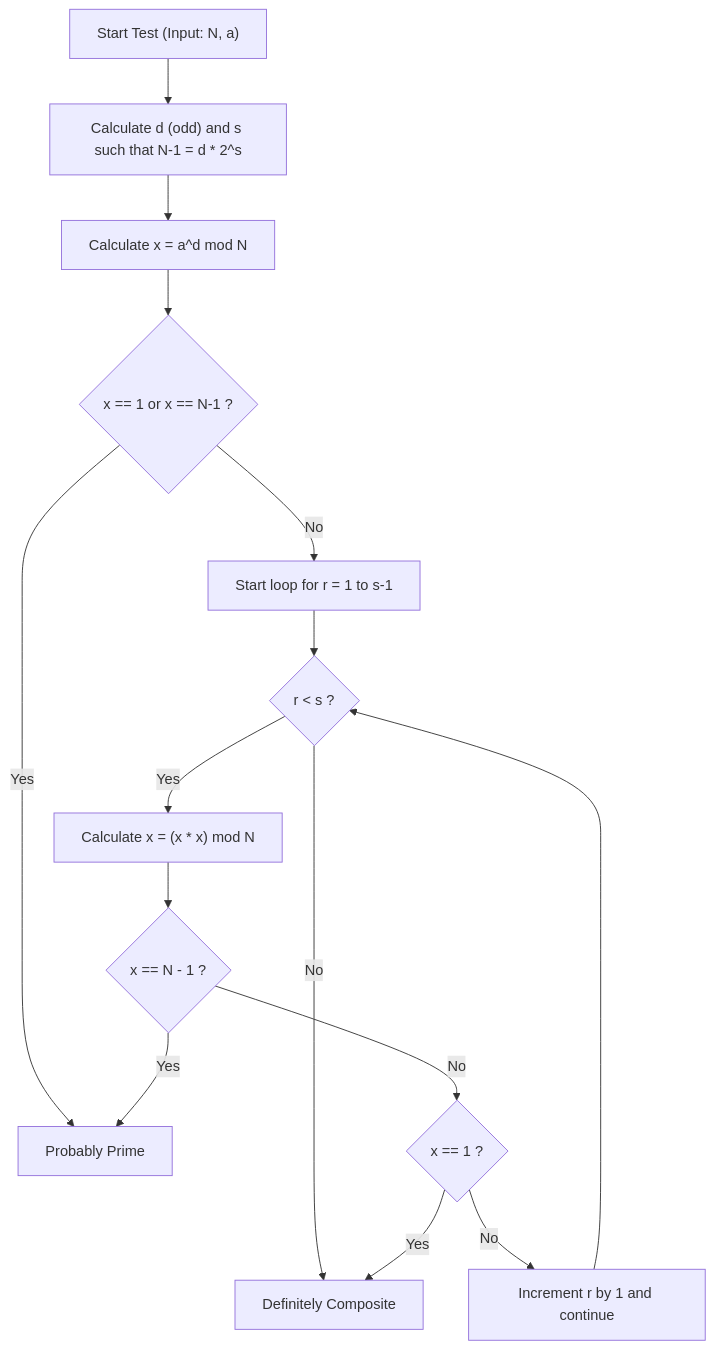
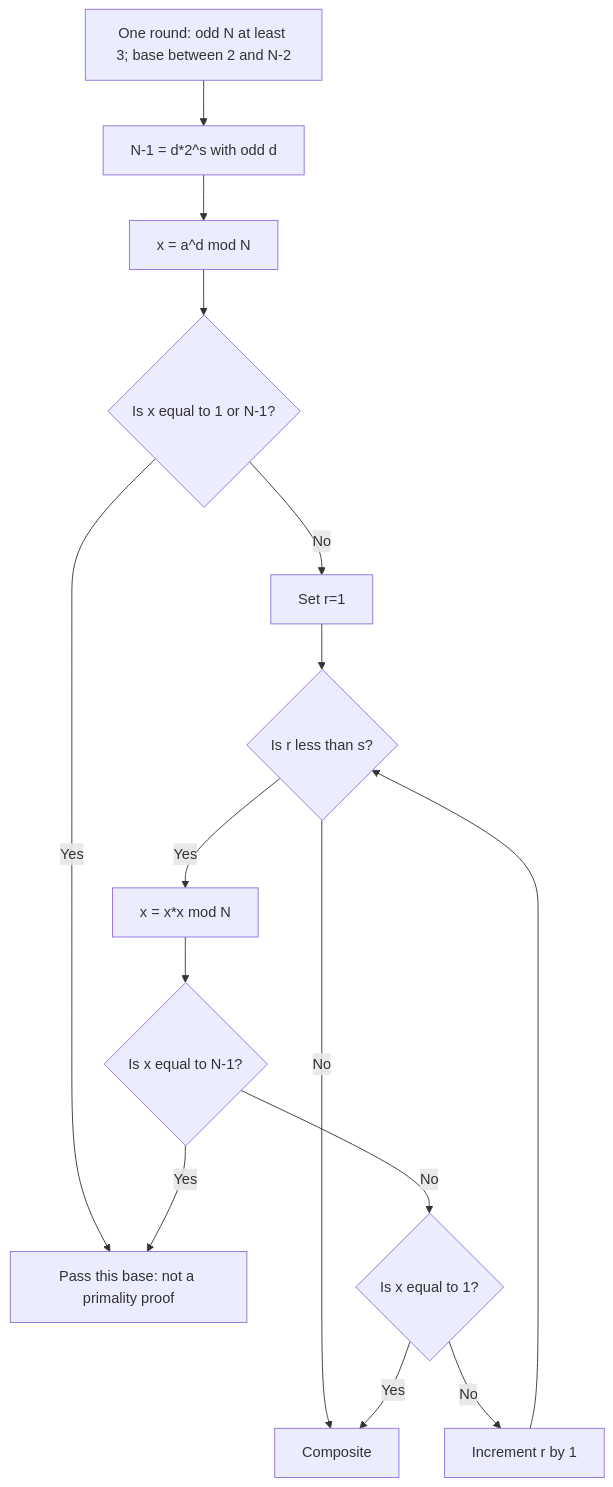
The first of 2 diagrams in content/post/cppで実装する高速な素数判定アルゴリズム/index.en.md (kenjinote/blog), drawn with Mermaid before and after one commit. The commit also changed other lines of this file and 7 other files, not shown here.

````diff
--- a/content/post/cppで実装する高速な素数判定アルゴリズム/index.en.md
+++ b/content/post/cppで実装する高速な素数判定アルゴリズム/index.en.md
@@ -123,20 +116,17 @@
 ```mermaid
 graph TD
-    Start["Start Test (Input: N, a)"] --> CalcDS["Calculate d (odd) and s such that N-1 = d * 2^s"]
-    CalcDS --> CalcX["Calculate x = a^d mod N"]
-    CalcX --> CheckX1{"x == 1 or x == N-1 ?"}
-    CheckX1 -- Yes --> ReturnTrue["Probably Prime"]
-    CheckX1 -- No --> LoopStart["Start loop for r = 1 to s-1"]
-    
-    LoopStart --> LoopCondition{"r < s ?"}
-    LoopCondition -- No --> ReturnFalse["Definitely Composite"]
-    LoopCondition -- Yes --> SquareX["Calculate x = (x * x) mod N"]
-    
-    SquareX --> CheckXMinus1{"x == N - 1 ?"}
-    CheckXMinus1 -- Yes --> ReturnTrue
-    CheckXMinus1 -- No --> CheckXOne{"x == 1 ?"}
-    
-    CheckXOne -- Yes --> ReturnFalse
-    CheckXOne -- No --> LoopNext["Increment r by 1 and continue"]
-    LoopNext --> LoopCondition
+    Start["One round: odd N at least 3; base between 2 and N-2"] --> DS["N-1 = d*2^s with odd d"]
+    DS --> Power["x = a^d mod N"]
+    Power --> First{"Is x equal to 1 or N-1?"}
+    First -- Yes --> Pass["Pass this base: not a primality proof"]
+    First -- No --> Init["Set r=1"]
+    Init --> More{"Is r less than s?"}
+    More -- No --> Fail["Composite"]
+    More -- Yes --> Square["x = x*x mod N"]
+    Square --> Minus{"Is x equal to N-1?"}
+    Minus -- Yes --> Pass
+    Minus -- No --> One{"Is x equal to 1?"}
+    One -- Yes --> Fail
+    One -- No --> Next["Increment r by 1"]
+    Next --> More
 ```
````
